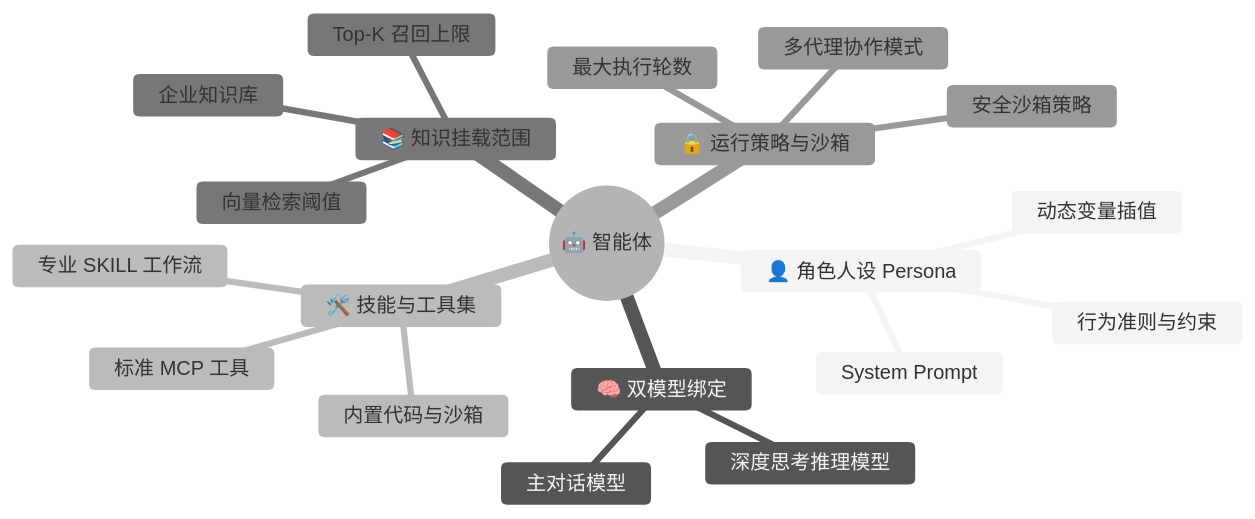
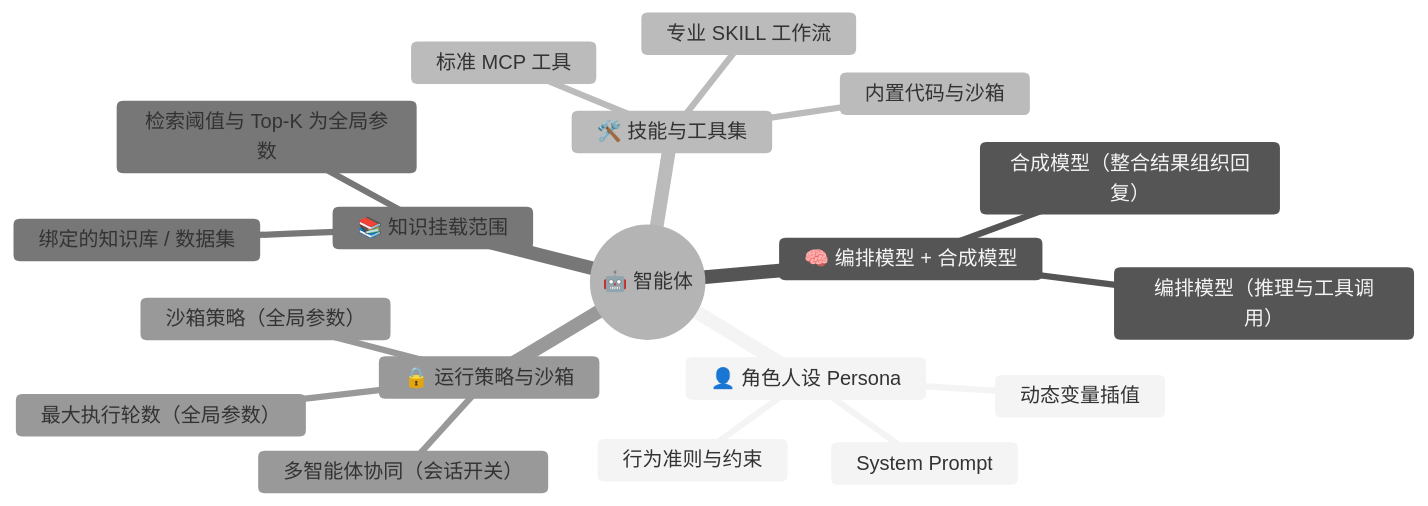
The fourth of 20 diagrams in FAQ.md (RandyChen1985/nanzi-ai-agent-platform), drawn with Mermaid (neutral theme) before and after one commit. The commit also changed other lines of this file, not shown here.

````diff
--- a/FAQ.md
+++ b/FAQ.md
@@ -789,23 +806,22 @@
 ```mermaid
 mindmap
   root((🤖 智能体))
     👤 角色人设 Persona
       System Prompt
       行为准则与约束
       动态变量插值
-    🧠 双模型绑定
-      主对话模型
-      深度思考推理模型
+    🧠 编排模型 + 合成模型
+      编排模型（推理与工具调用）
+      合成模型（整合结果组织回复）
     🛠️ 技能与工具集
       标准 MCP 工具
       专业 SKILL 工作流
       内置代码与沙箱
     📚 知识挂载范围
-      企业知识库
-      向量检索阈值
-      Top-K 召回上限
+      绑定的知识库 / 数据集
+      检索阈值与 Top-K 为全局参数
     🔒 运行策略与沙箱
-      安全沙箱策略
-      最大执行轮数
-      多代理协作模式
+      沙箱策略（全局参数）
+      最大执行轮数（全局参数）
+      多智能体协同（会话开关）
 ```
````
